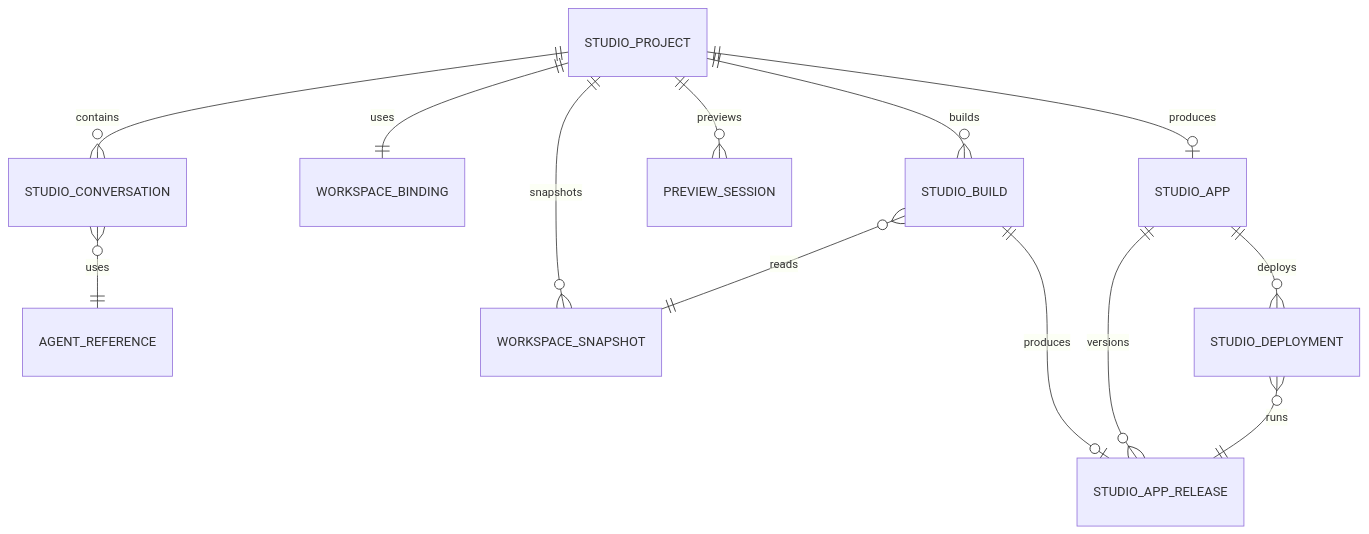
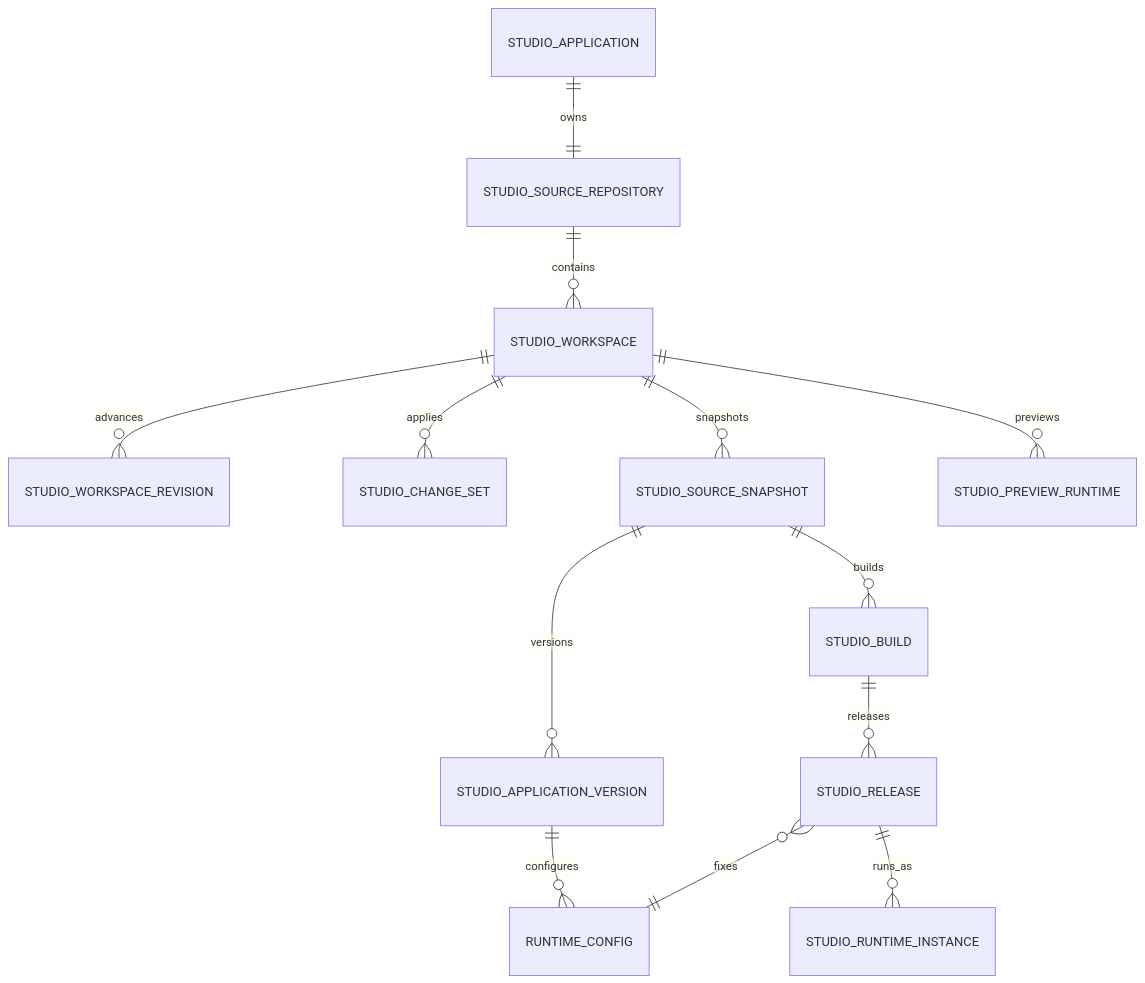
Before and after one commit to wangweihong/omnimam-spec: the second of 11 diagrams in 00_product/domains/appstudio/product-spec.md, drawn with Mermaid. The commit also changed other lines of this file and 38 other files, not shown here.

Commit message:
spec: release agent appstudio infrastructure task registry

````diff
--- a/00_product/domains/appstudio/product-spec.md
+++ b/00_product/domains/appstudio/product-spec.md
@@ -629,18 +628,16 @@
 ```mermaid
 erDiagram
-    STUDIO_PROJECT ||--o{ STUDIO_CONVERSATION : contains
-    STUDIO_PROJECT ||--|| WORKSPACE_BINDING : uses
-    STUDIO_PROJECT ||--o{ WORKSPACE_SNAPSHOT : snapshots
-    STUDIO_PROJECT ||--o{ PREVIEW_SESSION : previews
-    STUDIO_PROJECT ||--o{ STUDIO_BUILD : builds
-    STUDIO_PROJECT ||--o| STUDIO_APP : produces
+    STUDIO_APPLICATION ||--|| STUDIO_SOURCE_REPOSITORY : owns
+    STUDIO_SOURCE_REPOSITORY ||--o{ STUDIO_WORKSPACE : contains
+    STUDIO_WORKSPACE ||--o{ STUDIO_WORKSPACE_REVISION : advances
+    STUDIO_WORKSPACE ||--o{ STUDIO_CHANGE_SET : applies
+    STUDIO_WORKSPACE ||--o{ STUDIO_SOURCE_SNAPSHOT : snapshots
+    STUDIO_WORKSPACE ||--o{ STUDIO_PREVIEW_RUNTIME : previews
 
-    STUDIO_CONVERSATION }o--|| AGENT_REFERENCE : uses
-
-    STUDIO_BUILD }o--|| WORKSPACE_SNAPSHOT : reads
-    STUDIO_BUILD ||--o| STUDIO_APP_RELEASE : produces
-
-    STUDIO_APP ||--o{ STUDIO_APP_RELEASE : versions
-    STUDIO_APP ||--o{ STUDIO_DEPLOYMENT : deploys
-    STUDIO_DEPLOYMENT }o--|| STUDIO_APP_RELEASE : runs
+    STUDIO_SOURCE_SNAPSHOT ||--o{ STUDIO_APPLICATION_VERSION : versions
+    STUDIO_SOURCE_SNAPSHOT ||--o{ STUDIO_BUILD : builds
+    STUDIO_BUILD ||--o{ STUDIO_RELEASE : releases
+    STUDIO_APPLICATION_VERSION ||--o{ RUNTIME_CONFIG : configures
+    STUDIO_RELEASE }o--|| RUNTIME_CONFIG : fixes
+    STUDIO_RELEASE ||--o{ STUDIO_RUNTIME_INSTANCE : runs_as
 ```
````
